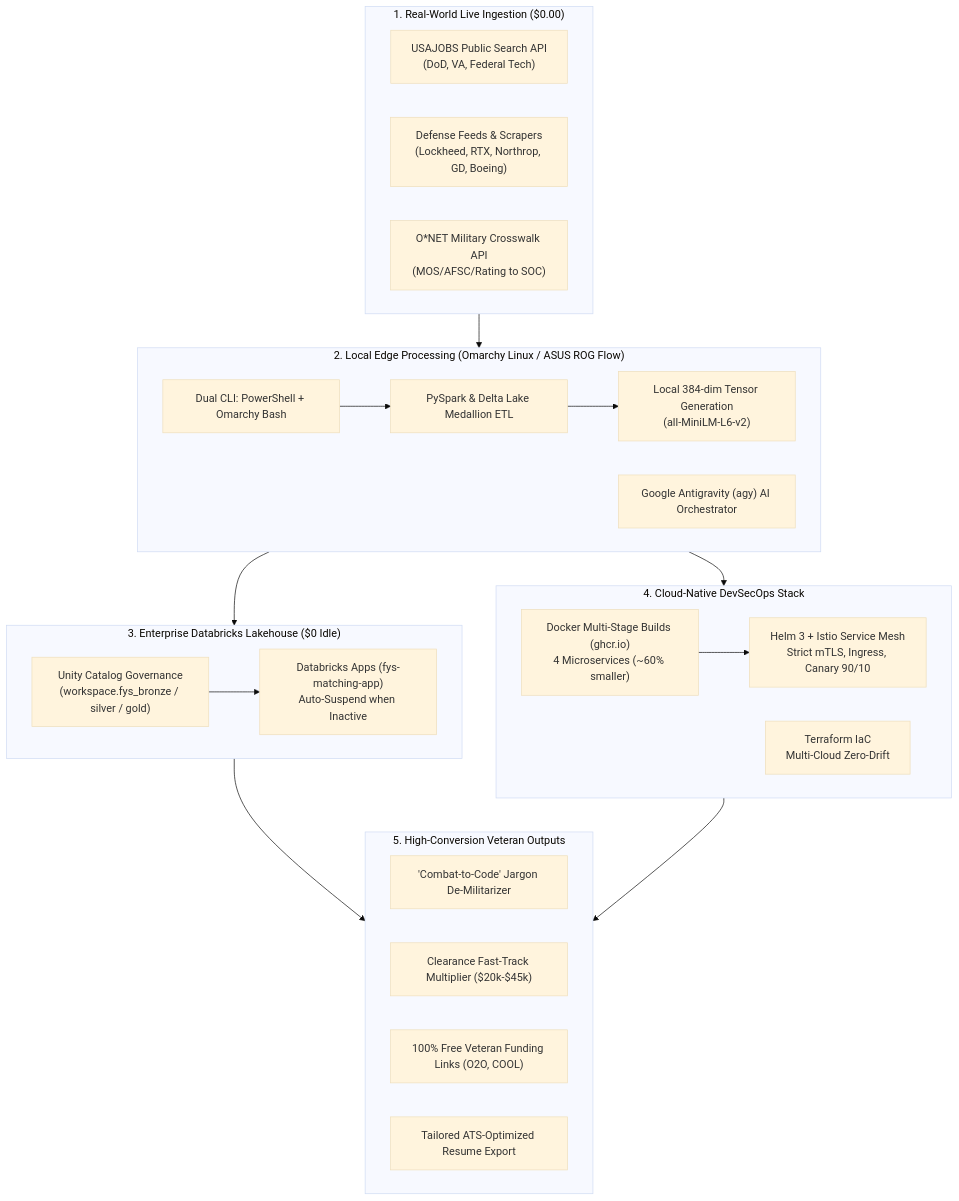
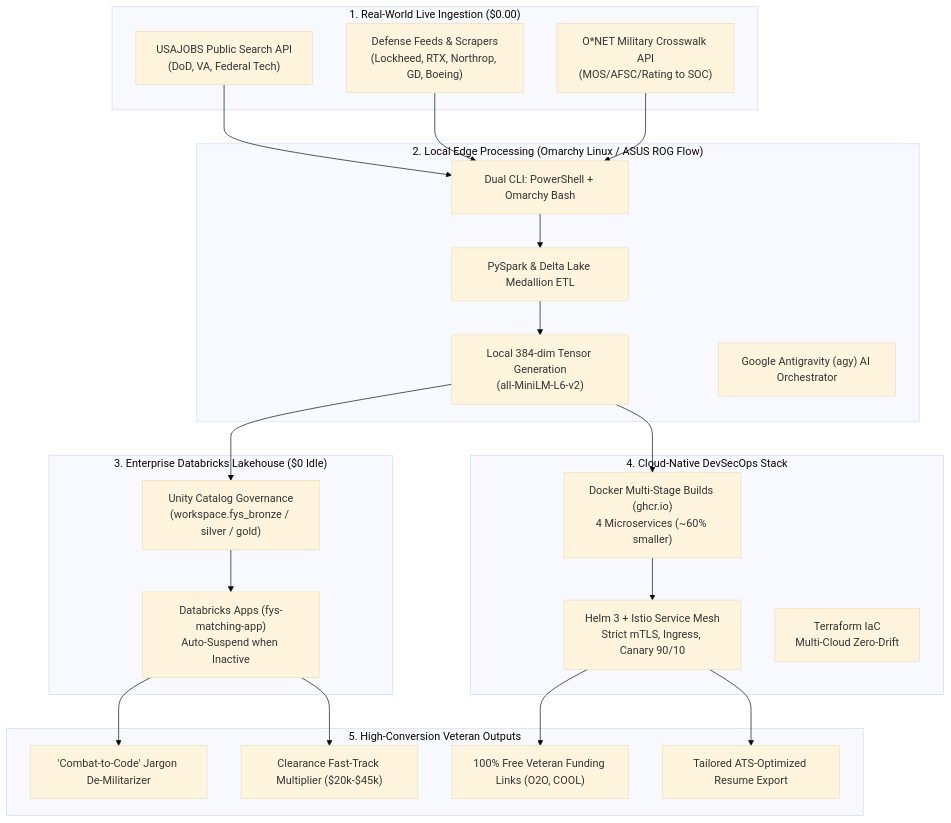
The diagram in README.md (For-Your-Service/For-Your-Service), drawn with Mermaid (base theme) before and after one commit. The commit also changed 1 other file, not shown here.

Commit message:
fix(docs): connect explicit nodes in architecture and medallion Mermaid diagrams

````diff
--- a/README.md
+++ b/README.md
@@ -47,42 +47,42 @@
 ```mermaid
 flowchart TD
     subgraph Ingestion ["1. Real-World Live Ingestion ($0.00)"]
         USA["USAJOBS Public Search API<br/>(DoD, VA, Federal Tech)"]
         DEF["Defense Feeds & Scrapers<br/>(Lockheed, RTX, Northrop, GD, Boeing)"]
         ONET["O*NET Military Crosswalk API<br/>(MOS/AFSC/Rating to SOC)"]
     end
 
     subgraph EdgeCompute ["2. Local Edge Processing (Omarchy Linux / ASUS ROG Flow)"]
         CLI["Dual CLI: PowerShell + Omarchy Bash"]
         LocalSpark["PySpark & Delta Lake Medallion ETL"]
         Vectors["Local 384-dim Tensor Generation<br/>(all-MiniLM-L6-v2)"]
         Agent["Google Antigravity (agy) AI Orchestrator"]
         CLI --> LocalSpark --> Vectors
     end
 
     subgraph DatabricksLakehouse ["3. Enterprise Databricks Lakehouse ($0 Idle)"]
         UnityCat["Unity Catalog Governance<br/>(workspace.fys_bronze / silver / gold)"]
         DBXApp["Databricks Apps (fys-matching-app)<br/>Auto-Suspend when Inactive"]
         UnityCat --> DBXApp
     end
 
     subgraph CloudNativeStack ["4. Cloud-Native DevSecOps Stack"]
         DockerSuite["Docker Multi-Stage Builds (ghcr.io)<br/>4 Microservices (~60% smaller)"]
         HelmIstio["Helm 3 + Istio Service Mesh<br/>Strict mTLS, Ingress, Canary 90/10"]
         Terraform["Terraform IaC<br/>Multi-Cloud Zero-Drift"]
         DockerSuite --> HelmIstio
     end
 
     subgraph VeteranValue ["5. High-Conversion Veteran Outputs"]
         Trans["'Combat-to-Code' Jargon De-Militarizer"]
         Clearance["Clearance Fast-Track Multiplier ($20k-$45k)"]
         Funding["100% Free Veteran Funding Links (O2O, COOL)"]
         ATS["Tailored ATS-Optimized Resume Export"]
     end
 
-    Ingestion --> EdgeCompute
-    EdgeCompute --> DatabricksLakehouse
-    EdgeCompute --> CloudNativeStack
-    DatabricksLakehouse --> VeteranValue
-    CloudNativeStack --> VeteranValue
+    USA & DEF & ONET --> CLI
+    Vectors --> UnityCat
+    Vectors --> DockerSuite
+    DBXApp --> Trans & Clearance
+    HelmIstio --> Funding & ATS
 ```
````
